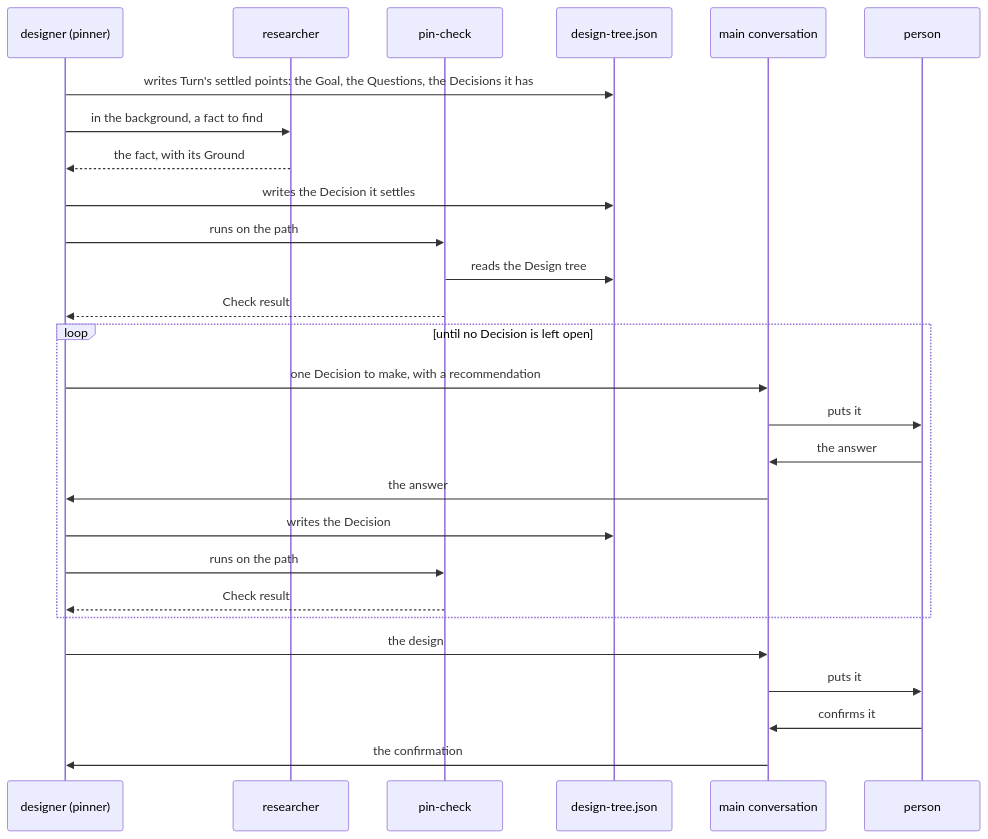
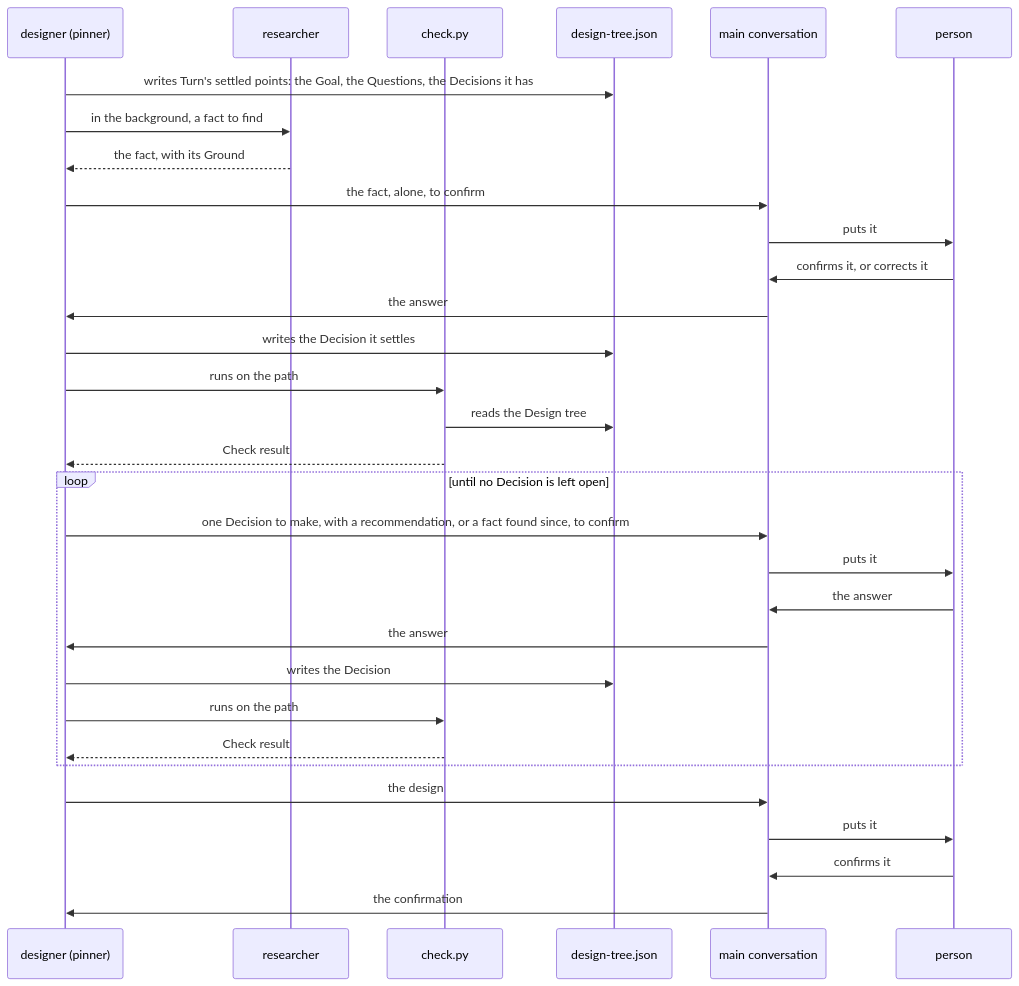
Before and after one commit to lovaizu/ccpm: the fourth of 5 diagrams in dev/pin/architecture.md, drawn with Mermaid. The commit also changed other lines of this file and 2 other files, not shown here.

First line of the commit message:
pin: the check script in scripts/, in one form across versions; each fact shown as it is found; a caller's role runs pin:down itself

````diff
--- a/dev/pin/architecture.md
+++ b/dev/pin/architecture.md
@@ -221,29 +216,33 @@
 ```mermaid
 sequenceDiagram
   participant D as designer (pinner)
   participant R as researcher
-  participant C as pin-check
+  participant C as check.py
   participant T as design-tree.json
   participant M as main conversation
   participant P as person
   D->>T: writes Turn's settled points: the Goal, the Questions, the Decisions it has
   D->>R: in the background, a fact to find
   R-->>D: the fact, with its Ground
+  D->>M: the fact, alone, to confirm
+  M->>P: puts it
+  P->>M: confirms it, or corrects it
+  M->>D: the answer
   D->>T: writes the Decision it settles
   D->>C: runs on the path
   C->>T: reads the Design tree
   C-->>D: Check result
   loop until no Decision is left open
-    D->>M: one Decision to make, with a recommendation
+    D->>M: one Decision to make, with a recommendation, or a fact found since, to confirm
     M->>P: puts it
     P->>M: the answer
     M->>D: the answer
     D->>T: writes the Decision
     D->>C: runs on the path
     C-->>D: Check result
   end
   D->>M: the design
   M->>P: puts it
   P->>M: confirms it
   M->>D: the confirmation
 ```
````
